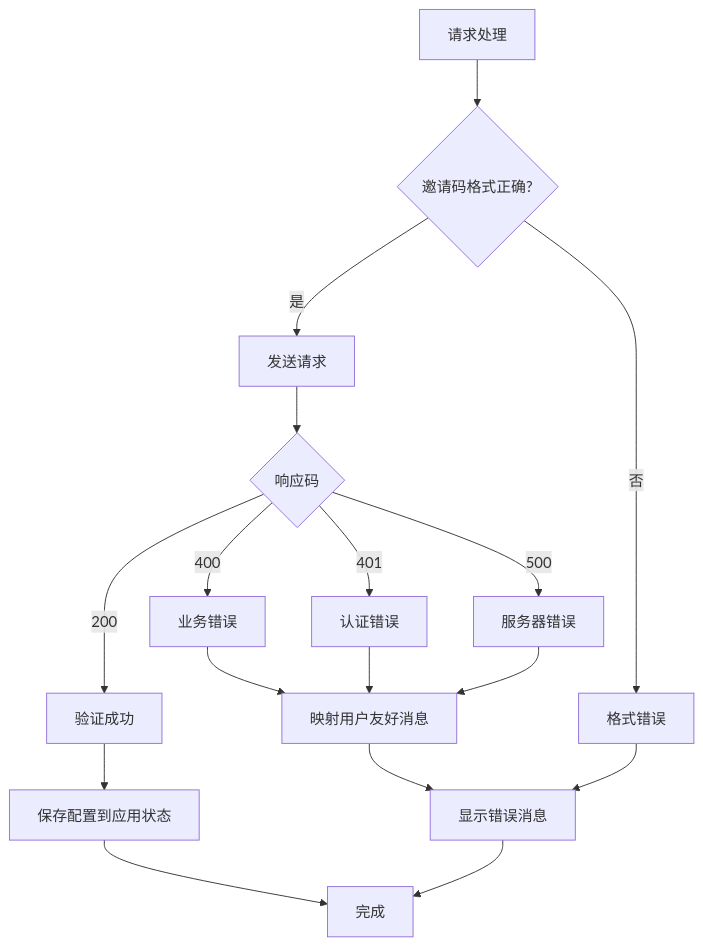
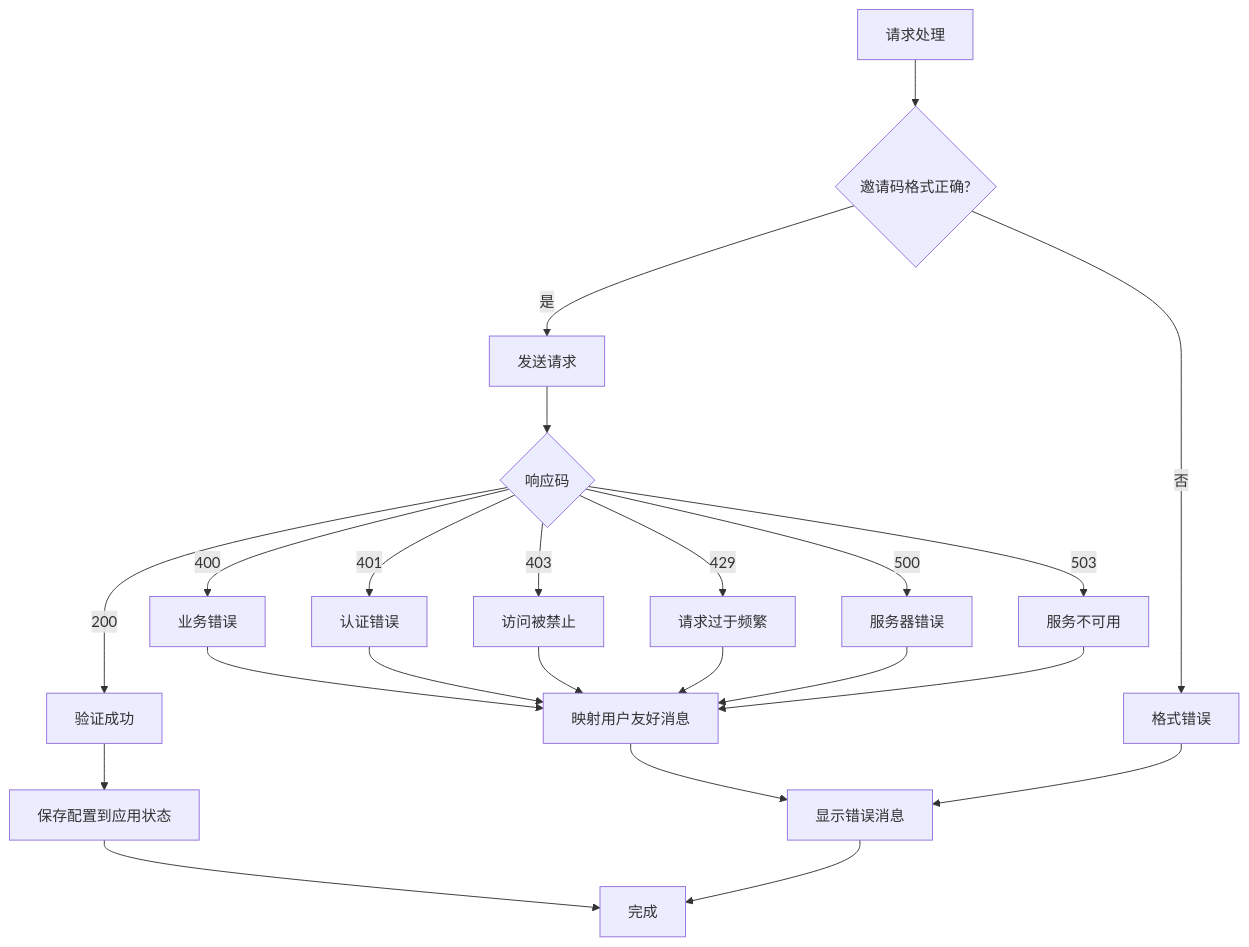
One commit to verse-ai-org/openclaw changed the fifth of 5 diagrams in .qoder/repowiki/zh/content/核心概念/邀请码API设计文档.md. Above: the diagram before and after it, drawn with Mermaid. The commit also changed other lines of this file and 31 other files, not shown here.

````diff
--- a/.qoder/repowiki/zh/content/核心概念/邀请码API设计文档.md
+++ b/.qoder/repowiki/zh/content/核心概念/邀请码API设计文档.md
@@ -186,19 +262,25 @@
 ```mermaid
 flowchart TD
 Request[请求处理] --> CheckFormat{"邀请码格式正确?"}
 CheckFormat --> |否| FormatError[格式错误]
 CheckFormat --> |是| SendRequest[发送请求]
 SendRequest --> ResponseCode{"响应码"}
 ResponseCode --> |200| Success[验证成功]
 ResponseCode --> |400| BusinessError[业务错误]
 ResponseCode --> |401| AuthError[认证错误]
+ResponseCode --> |403| Forbidden[访问被禁止]
+ResponseCode --> |429| RateLimit[请求过于频繁]
 ResponseCode --> |500| ServerError[服务器错误]
+ResponseCode --> |503| ServiceUnavailable[服务不可用]
 BusinessError --> MapMessage[映射用户友好消息]
 AuthError --> MapMessage
+Forbidden --> MapMessage
+RateLimit --> MapMessage
 ServerError --> MapMessage
+ServiceUnavailable --> MapMessage
 Success --> SaveConfig[保存配置到应用状态]
 MapMessage --> ShowError[显示错误消息]
 FormatError --> ShowError
 SaveConfig --> Complete[完成]
 ShowError --> Complete
 ```
````
